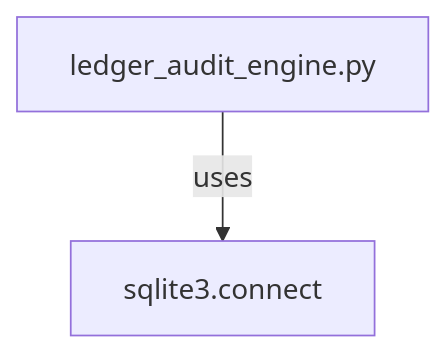
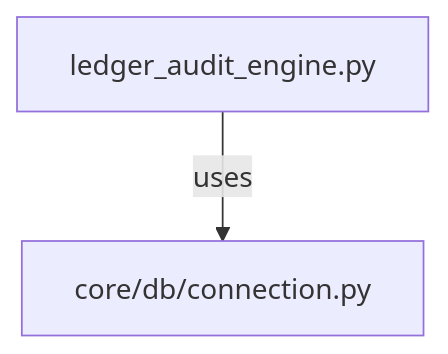
Diagram 13 of 14 in docs/reports/Program_5_3B_Dependency_Graph.md (simcitysocial97-dev/ClariFin_OS), drawn with Mermaid before and after one commit. The commit also changed other lines of this file and 62 other files, not shown here.

````diff
--- a/docs/reports/Program_5_3B_Dependency_Graph.md
+++ b/docs/reports/Program_5_3B_Dependency_Graph.md
@@ -162,4 +167,4 @@
 ```mermaid
 graph TD
-    A[ledger_audit_engine.py] -->|uses| B[sqlite3.connect]
+    A[ledger_audit_engine.py] -->|uses| B[core/db/connection.py]
 ```
````
